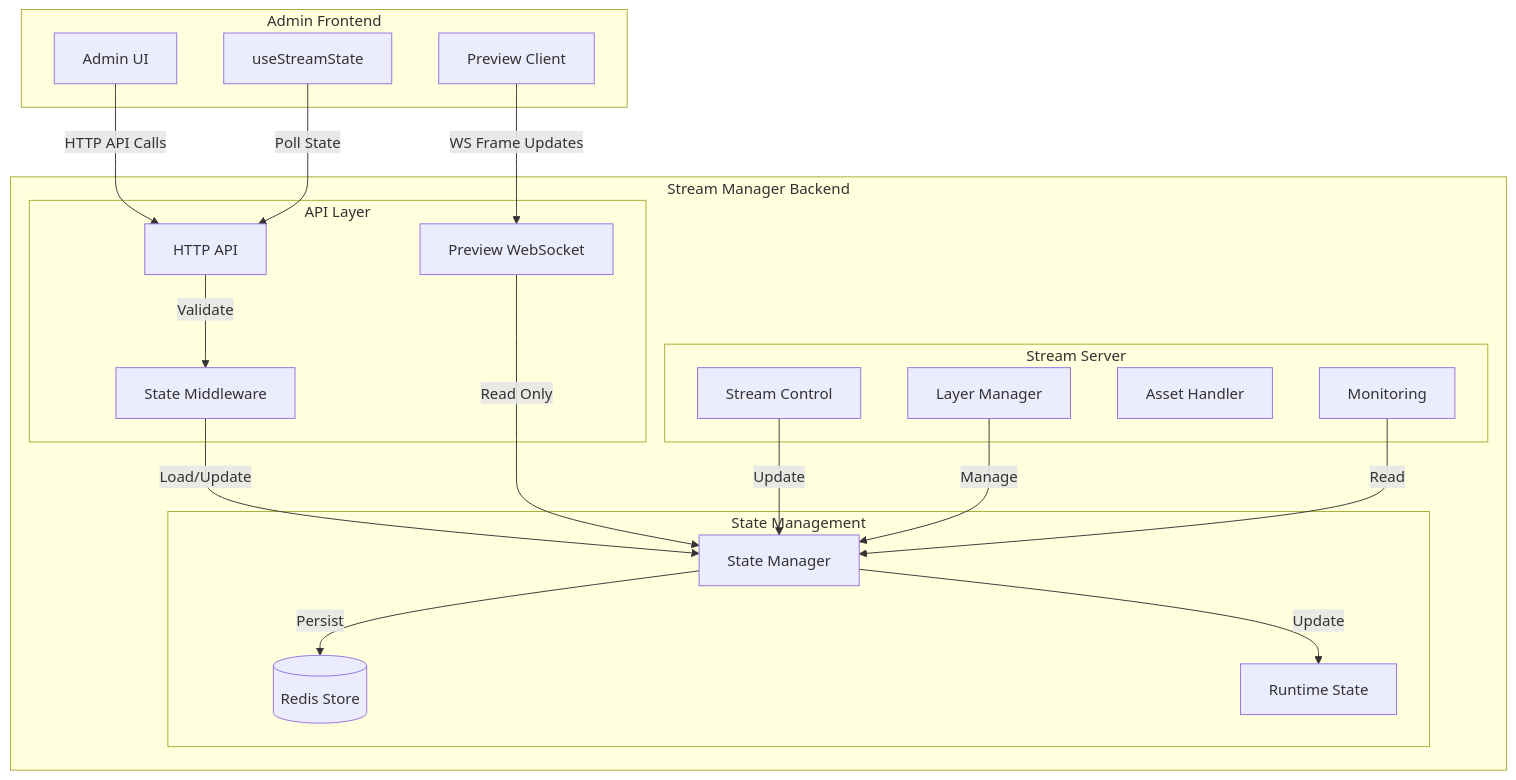
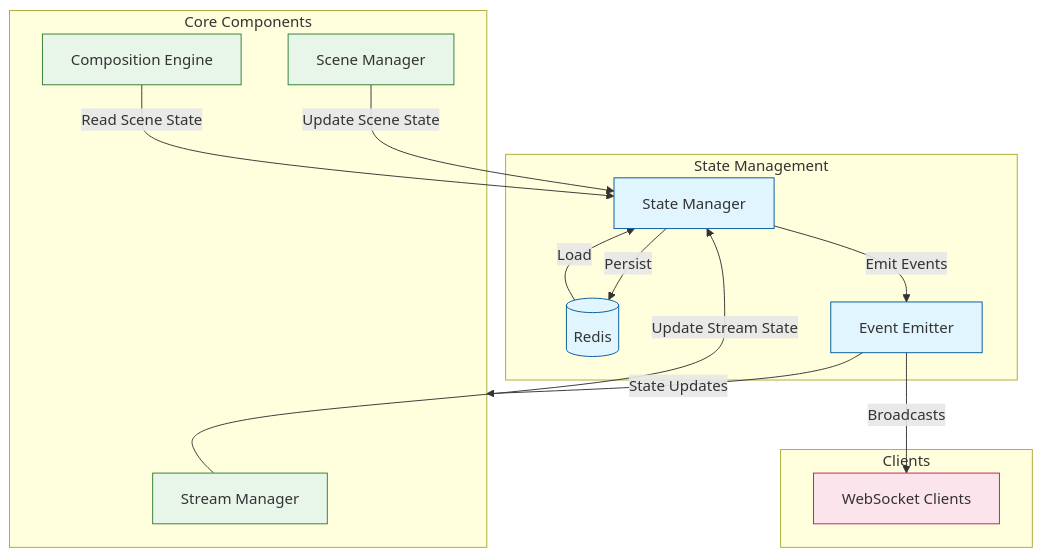
The diagram in apps/stream-manager/src/state/README.md (bigshellpliskin/sothebais), drawn with Mermaid before and after one commit. The commit also changed other lines of this file and 14 other files, not shown here.

First line of the commit message:
Refactor Stream Manager State System with Redis and Event-Driven Architecture

````diff
--- a/apps/stream-manager/src/state/README.md
+++ b/apps/stream-manager/src/state/README.md
@@ -5,43 +9,38 @@
 ```mermaid
 graph TD
-    subgraph Frontend ["Admin Frontend"]
-        UI[Admin UI]
-        Preview[Preview Client]
-        StateHook[useStreamState]
+    subgraph State ["State Management"]
+        SM[State Manager]
+        Redis[(Redis)]
+        Events[Event Emitter]
     end
 
-    subgraph Backend ["Stream Manager Backend"]
-        subgraph State ["State Management"]
-            Redis[(Redis Store)]
-            RuntimeState[Runtime State]
-            StateManager[State Manager]
-        end
-        
-        subgraph API ["API Layer"]
-            HTTP[HTTP API]
-            PreviewWS[Preview WebSocket]
-            StateMiddleware[State Middleware]
-        end
-
-        subgraph Server ["Stream Server"]
-            StreamControl[Stream Control]
-            LayerManager[Layer Manager]
-            AssetHandler[Asset Handler]
-            Monitoring[Monitoring]
-        end
+    subgraph Components ["Core Components"]
+        Stream[Stream Manager]
+        Composition[Composition Engine]
+        Scene[Scene Manager]
     end
 
-    UI -->|HTTP API Calls| HTTP
-    Preview -->|WS Frame Updates| PreviewWS
-    StateHook -->|Poll State| HTTP
+    subgraph Clients ["Clients"]
+        WS[WebSocket Clients]
+    end
+
+    %% State flow
+    SM -->|"Persist"| Redis
+    Redis -->|"Load"| SM
+    SM -->|"Emit Events"| Events
+    Events -->|"State Updates"| Components
+    Events -->|"Broadcasts"| WS
+
+    %% Component interactions
+    Stream -->|"Update Stream State"| SM
+    Scene -->|"Update Scene State"| SM
+    Composition -->|"Read Scene State"| SM
+
+    classDef state fill:#e1f5fe,stroke:#01579b;
+    classDef component fill:#e8f5e9,stroke:#2e7d32;
+    classDef client fill:#fce4ec,stroke:#c2185b;
     
-    HTTP -->|Validate| StateMiddleware
-    StateMiddleware -->|Load/Update| StateManager
-    PreviewWS -->|Read Only| StateManager
-    StateManager -->|Persist| Redis
-    StateManager -->|Update| RuntimeState
-
-    StreamControl -->|Update| StateManager
-    LayerManager -->|Manage| StateManager
-    Monitoring -->|Read| StateManager
+    class SM,Redis,Events state;
+    class Stream,Composition,Scene component;
+    class WS client;
 ```
````
